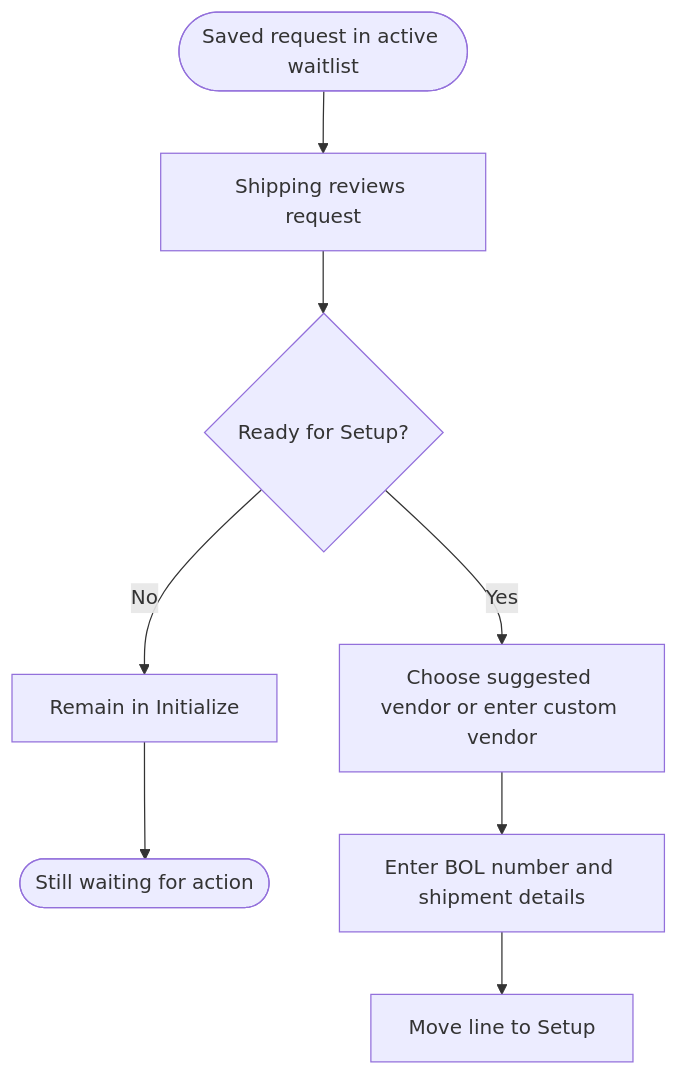
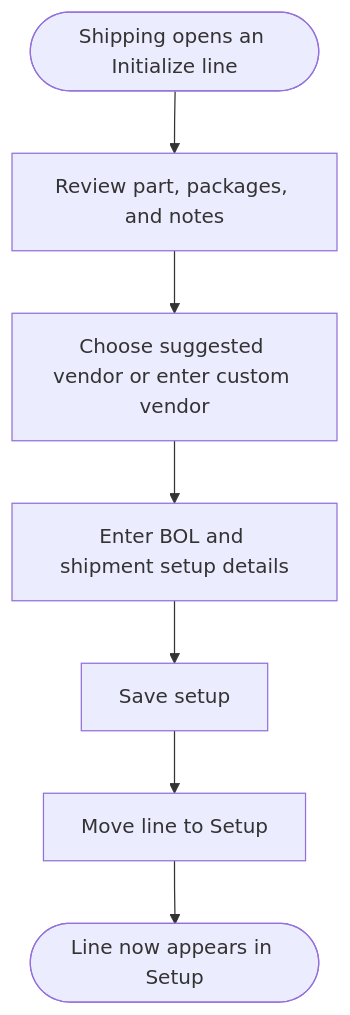
Before and after one commit to JDKoll1982/MTM_Receiving_Application: the second of 3 diagrams in docs/Modules/Module_OutsideService/End-User-Workflow-And-Mockups.md, drawn with Mermaid. The commit also changed other lines of this file and 14 other files, not shown here.

````diff
--- a/docs/Modules/Module_OutsideService/End-User-Workflow-And-Mockups.md
+++ b/docs/Modules/Module_OutsideService/End-User-Workflow-And-Mockups.md
@@ -66,10 +61,9 @@
 ```mermaid
 flowchart TD
-  W2_1_Start([Saved request in active waitlist]) --> W2_1_ShippingReview[Shipping reviews request]
-  W2_1_ShippingReview --> W2_1_SetupDecision{Ready for Setup?}
-  W2_1_SetupDecision -->|No| W2_1_StayOpen[Remain in Initialize]
-  W2_1_StayOpen --> W2_1_OpenEnd([Still waiting for action])
-  W2_1_SetupDecision -->|Yes| W2_1_SelectVendor[Choose suggested vendor or enter custom vendor]
-  W2_1_SelectVendor --> W2_1_AddShipmentData[Enter BOL number and shipment details]
-  W2_1_AddShipmentData --> W2_1_SetupState[Move line to Setup]
+  S1_Start([Shipping opens an Initialize line]) --> S1_Review[Review part, packages, and notes]
+  S1_Review --> S1_Vendor[Choose suggested vendor or enter custom vendor]
+  S1_Vendor --> S1_ShipInfo[Enter BOL and shipment setup details]
+  S1_ShipInfo --> S1_Save[Save setup]
+  S1_Save --> S1_Move[Move line to Setup]
+  S1_Move --> S1_End([Line now appears in Setup])
 ```
````
